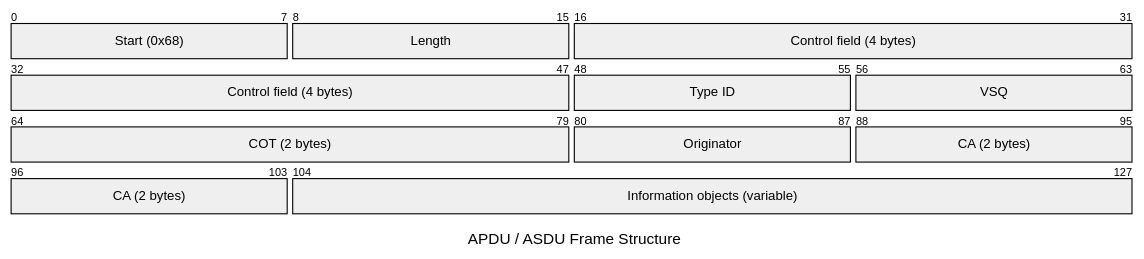
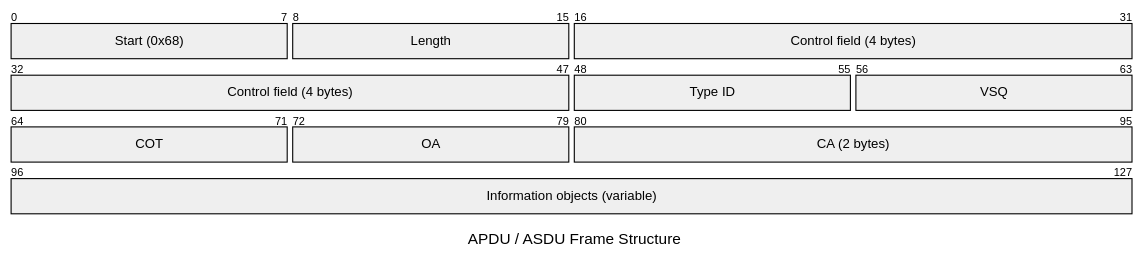
Before and after one commit to sentrisense/iec104bridge: the fourth of 4 diagrams in README.md, drawn with Mermaid. The commit also changed other lines of this file and 3 other files, not shown here.

````diff
--- a/README.md
+++ b/README.md
@@ -103,13 +103,13 @@
 ```mermaid
 packet-beta
 title APDU / ASDU Frame Structure
 0-7: "Start (0x68)"
 8-15: "Length"
 16-47: "Control field (4 bytes)"
 48-55: "Type ID"
 56-63: "VSQ"
-64-79: "COT (2 bytes)"
-80-87: "Originator"
-88-103: "CA (2 bytes)"
-104-127: "Information objects (variable)"
+64-71: "COT"
+72-79: "OA"
+80-95: "CA (2 bytes)"
+96-127: "Information objects (variable)"
 ```
````
